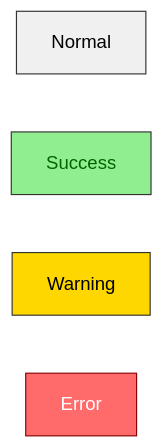
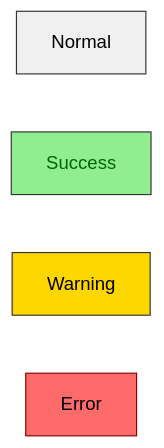
Before and after one commit to wienans/example-repo: diagram 11 of 19 in .agents/skills/mermaid-architect/references/mermaid-diagram-guide.md, drawn with Mermaid. The commit also changed other lines of this file and 58 other files, not shown here.

First line of the commit message:
feat(skills): merge mastery-of-mermaid into mermaid-architect

````diff
--- a/.agents/skills/mermaid-architect/references/mermaid-diagram-guide.md
+++ b/.agents/skills/mermaid-architect/references/mermaid-diagram-guide.md
@@ -419,12 +420,12 @@
 ```mermaid
 graph LR
     A[Normal]
     B[Success]
     C[Warning]
     D[Error]
 
     style A fill:#F0F0F0,stroke:#333,color:black
     style B fill:#90EE90,stroke:#333,color:darkgreen
     style C fill:#FFD700,stroke:#333,color:black
-    style D fill:#FF6B6B,stroke:#8B0000,color:white
+    style D fill:#FF6B6B,stroke:#8B0000,color:#000
 ```
````
